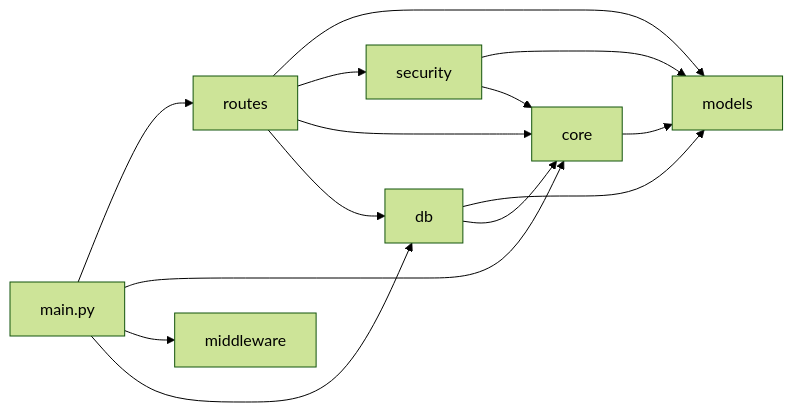
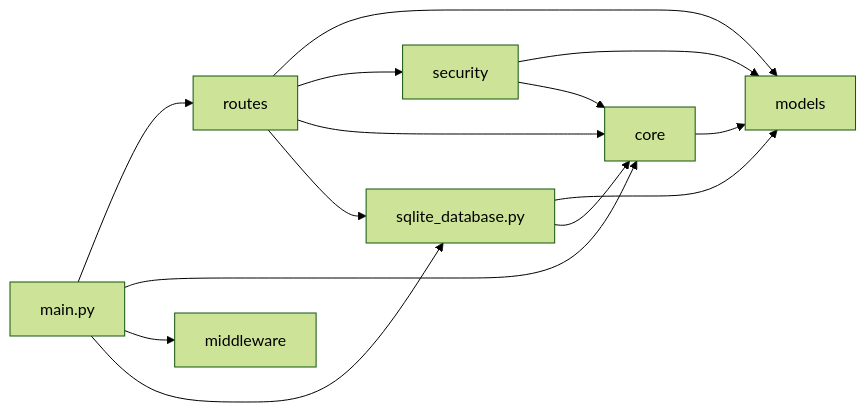
The diagram in README.md (johnscottini/jonathan_pedro_vitor_daniel_tp3), drawn with Mermaid (forest theme) before and after one commit. The commit also changed other lines of this file and 1 other file, not shown here.

````diff
--- a/README.md
+++ b/README.md
@@ -84,18 +99,18 @@
 ```mermaid
 flowchart LR
     main[main.py] --> routes
     main --> core
     main --> middleware
-    main --> db
+    main --> db[sqlite_database.py]
 
     routes --> models
     routes --> security
     routes --> core
     routes --> db
 
     security --> models
     security --> core
     db --> models
     db --> core
     core --> models
 ```
````
